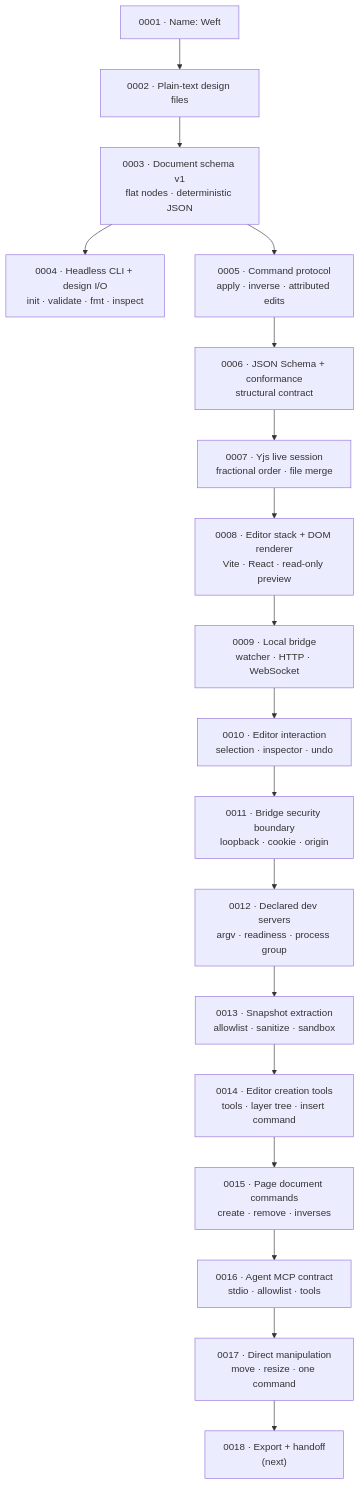
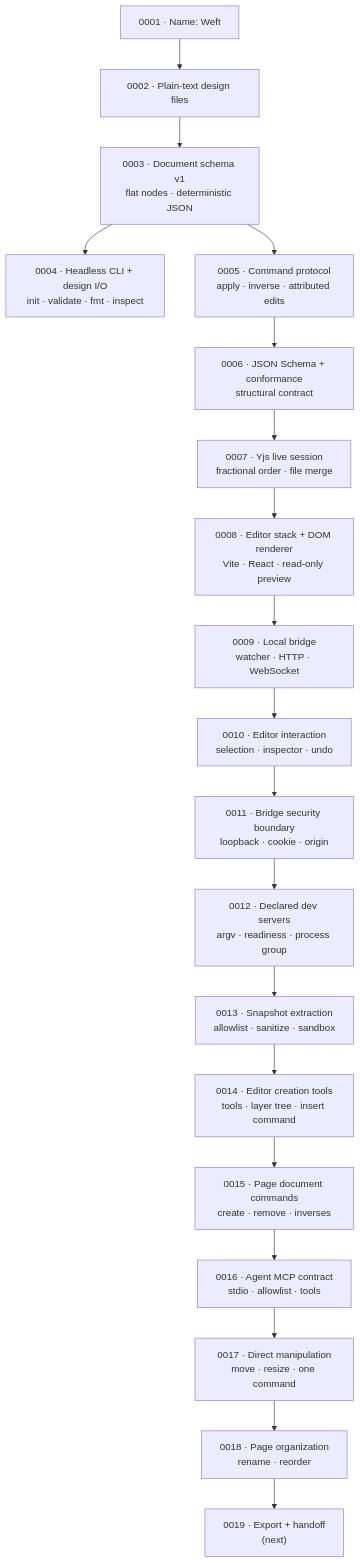
Before and after one commit to Pranesh-Selvaraj/Weft: the diagram in docs/decisions/README.md, drawn with Mermaid. The commit also changed other lines of this file and 27 other files, not shown here.

Commit message:
feat(pages): add rename and reorder (#18)

````diff
--- a/docs/decisions/README.md
+++ b/docs/decisions/README.md
@@ -40,20 +41,21 @@
 ```mermaid
 graph TD
     A["0001 · Name: Weft"] --> B["0002 · Plain-text design files"]
     B --> C["0003 · Document schema v1<br/>flat nodes · deterministic JSON"]
     C --> D["0004 · Headless CLI + design I/O<br/>init · validate · fmt · inspect"]
     C --> E["0005 · Command protocol<br/>apply · inverse · attributed edits"]
     E --> F["0006 · JSON Schema + conformance<br/>structural contract"]
     F --> G["0007 · Yjs live session<br/>fractional order · file merge"]
     G --> H["0008 · Editor stack + DOM renderer<br/>Vite · React · read-only preview"]
     H --> I["0009 · Local bridge<br/>watcher · HTTP · WebSocket"]
     I --> J["0010 · Editor interaction<br/>selection · inspector · undo"]
     J --> K["0011 · Bridge security boundary<br/>loopback · cookie · origin"]
     K --> L["0012 · Declared dev servers<br/>argv · readiness · process group"]
     L --> M["0013 · Snapshot extraction<br/>allowlist · sanitize · sandbox"]
     M --> N["0014 · Editor creation tools<br/>tools · layer tree · insert command"]
     N --> O["0015 · Page document commands<br/>create · remove · inverses"]
     O --> P["0016 · Agent MCP contract<br/>stdio · allowlist · tools"]
     P --> Q["0017 · Direct manipulation<br/>move · resize · one command"]
-    Q --> R["0018 · Export + handoff<br/>(next)"]
+    Q --> R["0018 · Page organization<br/>rename · reorder"]
+    R --> S["0019 · Export + handoff<br/>(next)"]
 ```
````
